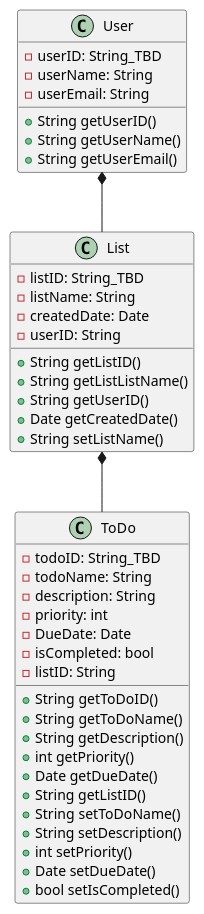
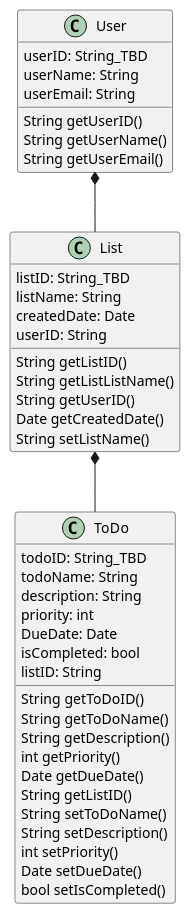
The diagram in checkbox-to-do-app/frontend/README.md (gomin0/Software_Engineering_todolist), drawn with PlantUML before and after one commit.

Commit message:
add class diagram

```diff
--- a/checkbox-to-do-app/frontend/README.md
+++ b/checkbox-to-do-app/frontend/README.md
@@ -5,46 +5,46 @@
 @startuml Classes
 class User {
-    -userID: String_TBD
-    -userName: String
-    -userEmail: String
-    +String getUserID()
-    +String getUserName()
-    +String getUserEmail()
+    userID: String_TBD
+    userName: String
+    userEmail: String
+    String getUserID()
+    String getUserName()
+    String getUserEmail()
 }
 
 class List {
-    -listID: String_TBD
-    -listName: String
-    -createdDate: Date
-    -userID: String
-    +String getListID()
-    +String getListListName()
-    +String getUserID()
-    +Date getCreatedDate()
-    +String setListName()
+    listID: String_TBD
+    listName: String
+    createdDate: Date
+    userID: String
+    String getListID()
+    String getListListName()
+    String getUserID()
+    Date getCreatedDate()
+    String setListName()
 }
 
 class ToDo {
-    -todoID: String_TBD
-    -todoName: String
-    -description: String
-    -priority: int
-    -DueDate: Date
-    -isCompleted: bool
-    -listID: String
-    +String getToDoID()
-    +String getToDoName()
-    +String getDescription()
-    +int getPriority()
-    +Date getDueDate()
-    +String getListID()
-    +String setToDoName()
-    +String setDescription()
-    +int setPriority()
-    +Date setDueDate()
-    +bool setIsCompleted()
+    todoID: String_TBD
+    todoName: String
+    description: String
+    priority: int
+    DueDate: Date
+    isCompleted: bool
+    listID: String
+    String getToDoID()
+    String getToDoName()
+    String getDescription()
+    int getPriority()
+    Date getDueDate()
+    String getListID()
+    String setToDoName()
+    String setDescription()
+    int setPriority()
+    Date setDueDate()
+    bool setIsCompleted()
 }
 
 User *-- List 
 List *-- ToDo
 @enduml
```
